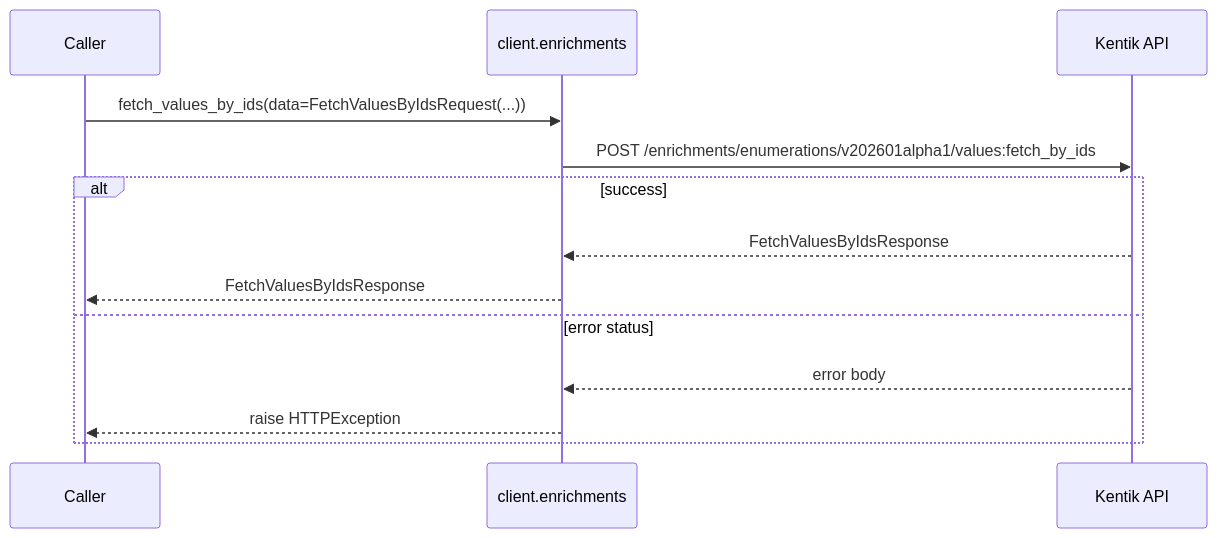
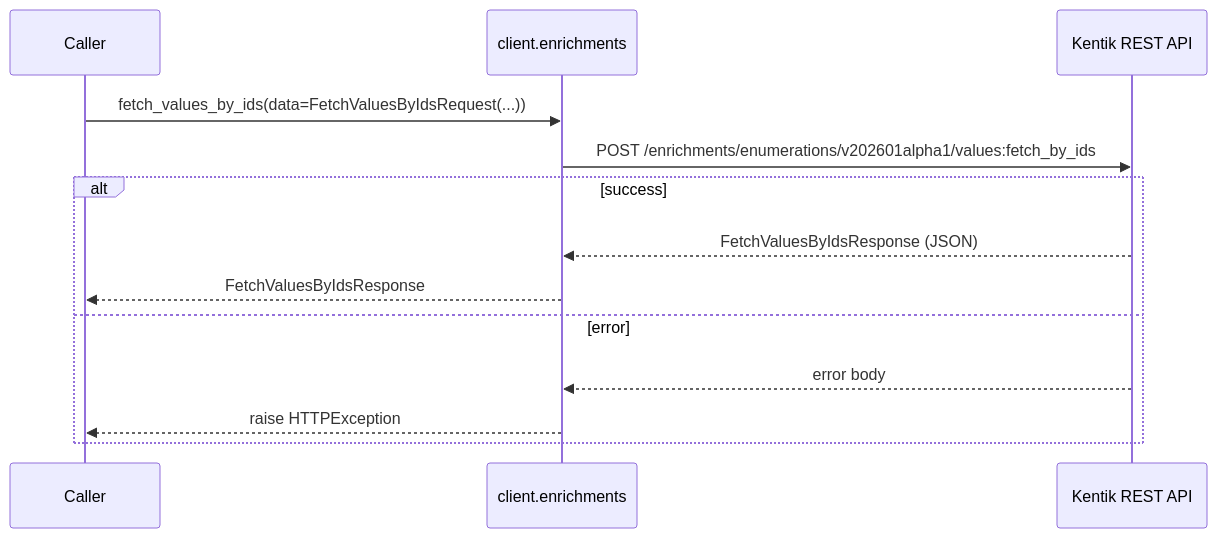
Before and after one commit to alexdearaujo/community_sdk_python: the second of 4 diagrams in docs/sphinx/services/enrichments.md, drawn with Mermaid. The commit also changed other lines of this file and 61 other files, not shown here.

````diff
--- a/docs/sphinx/services/enrichments.md
+++ b/docs/sphinx/services/enrichments.md
@@ -33,16 +35,16 @@
 ```mermaid
 sequenceDiagram
     participant C as Caller
     participant W as client.enrichments
-    participant API as Kentik API
+    participant API as Kentik REST API
 
     C->>W: fetch_values_by_ids(data=FetchValuesByIdsRequest(...))
     W->>API: POST /enrichments/enumerations/v202601alpha1/values:fetch_by_ids
     alt success
-        API-->>W: FetchValuesByIdsResponse
+        API-->>W: FetchValuesByIdsResponse (JSON)
         W-->>C: FetchValuesByIdsResponse
-    else error status
+    else error
         API-->>W: error body
         W-->>C: raise HTTPException
     end
 ```
````
